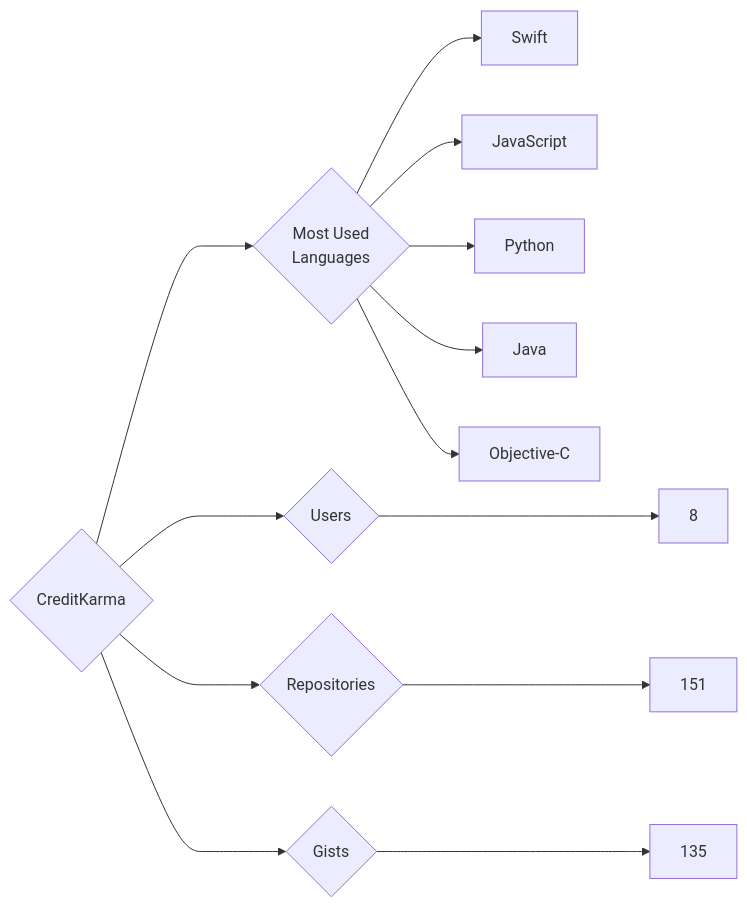
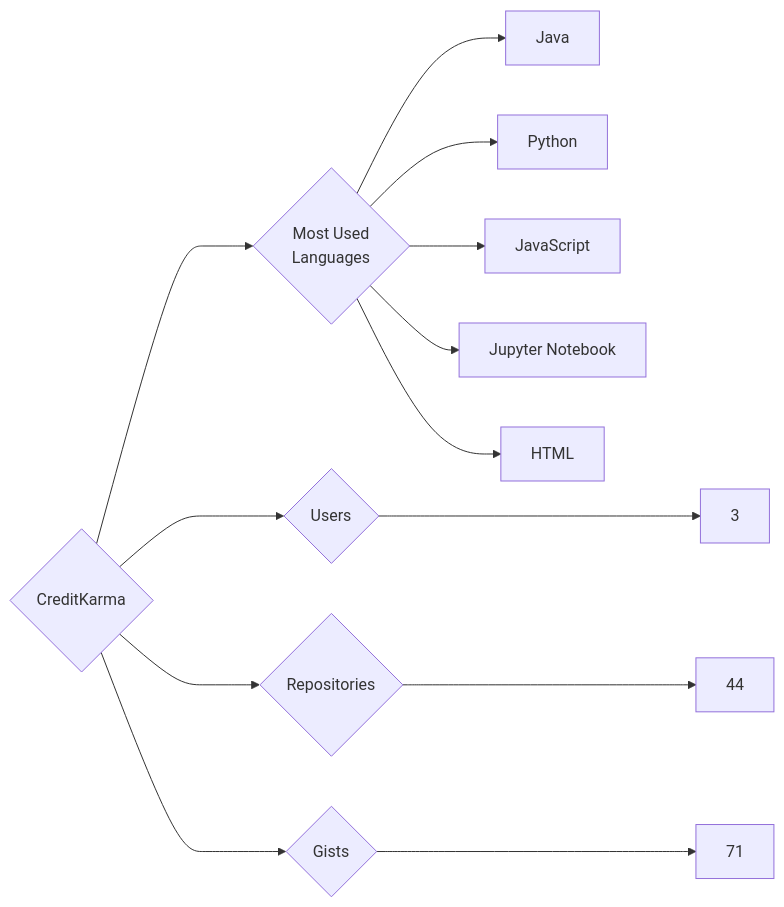
Before and after one commit to trickest/insiders: the diagram in targets/CreditKarma/README.md, drawn with Mermaid. The commit also changed 1055 other files, not shown here.

````diff
--- a/targets/CreditKarma/README.md
+++ b/targets/CreditKarma/README.md
@@ -3,13 +3,13 @@
 ```mermaid
 graph LR
 COMPANY_NAME{CreditKarma}
-COMPANY_NAME ---> U{Users} ---> UN[8]
-COMPANY_NAME ---> R{Repositories} ---> RN[151]
-COMPANY_NAME ---> G{Gists} ---> GN[135]
+COMPANY_NAME ---> U{Users} ---> UN[3]
+COMPANY_NAME ---> R{Repositories} ---> RN[44]
+COMPANY_NAME ---> G{Gists} ---> GN[71]
 COMPANY_NAME ---> ML{Most Used<br>Languages}
-ML --> Swift[Swift]
+ML --> Java[Java]
+ML --> Python[Python]
 ML --> JavaScript[JavaScript]
-ML --> Python[Python]
-ML --> Java[Java]
-ML --> Objective-C[Objective-C]
+ML --> Jupyter_Notebook[Jupyter Notebook]
+ML --> HTML[HTML]
 ```
````
